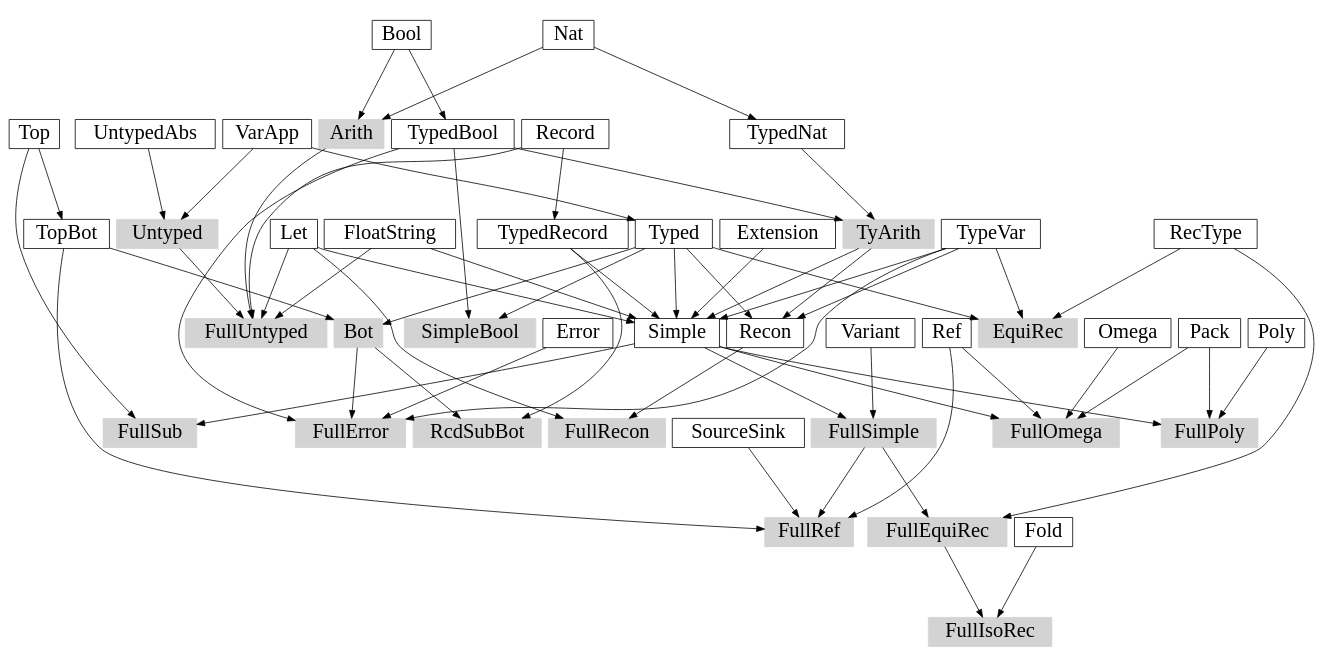
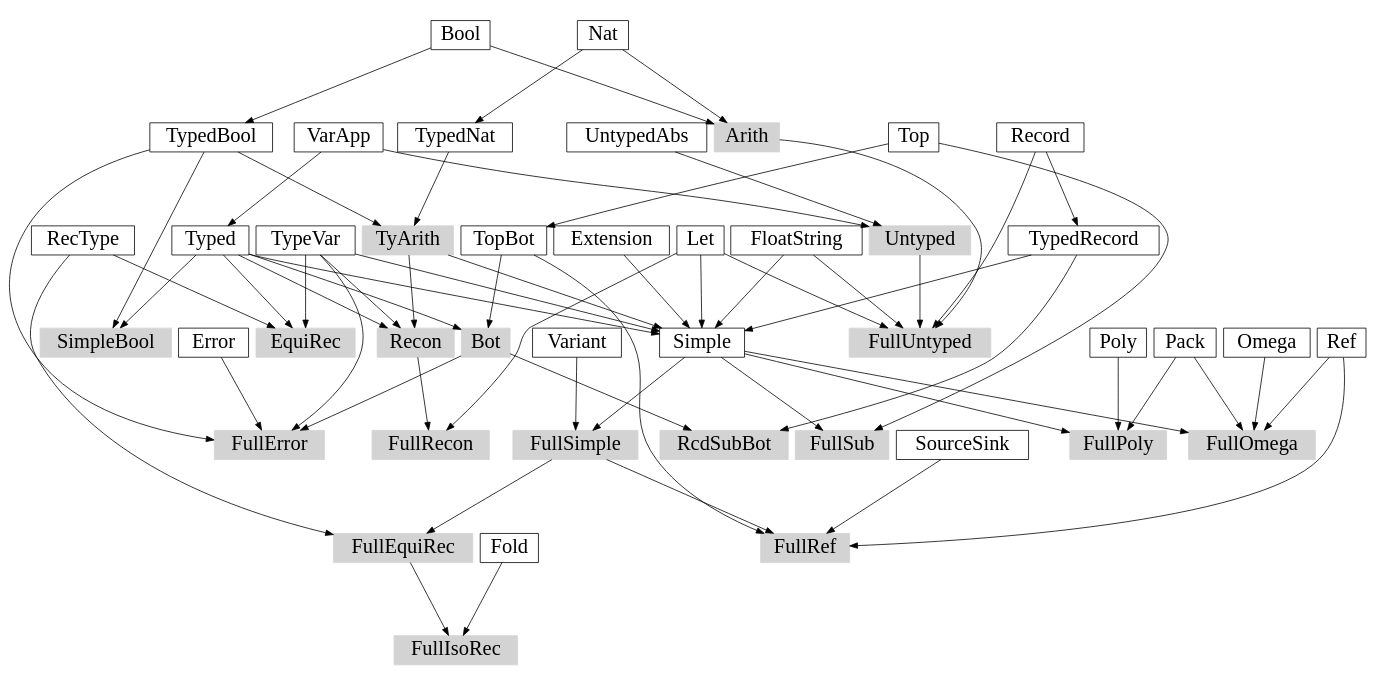
Before and after one commit to hy-zhang/parser: the diagram in paper/depGraph.dot, drawn with Graphviz. The commit also changed 5 other files, not shown here.

```diff
--- a/paper/depGraph.dot
+++ b/paper/depGraph.dot
@@ -1,78 +1,79 @@
 digraph G {
     ratio=0.5;
     //size="7.2,4";
     nodesep=0.12;
     margin=0;
 
     node[fontsize=26, shape=box];
 
     {
         node[style=filled, color=lightgray];
 
         Arith;
         Untyped;
         FullUntyped;
         TyArith;
         SimpleBool;
         FullSimple;
         Bot;
         FullRef;
         FullError;
         RcdSubBot;
         FullSub;
         FullEquiRec;
         FullIsoRec;
         EquiRec;
+        Recon;
         FullRecon;
         FullPoly;
         FullOmega;
     }
 
     Bool, Nat -> Arith;
 
     VarApp, UntypedAbs -> Untyped;
 
     Arith, Untyped, Record, FloatString, Let -> FullUntyped;
 
     Bool -> TypedBool;
 
     Nat -> TypedNat;
 
     TypedBool, TypedNat -> TyArith;
 
     VarApp -> Typed;
 
     Typed, TypedBool -> SimpleBool;
 
     Record -> TypedRecord;
 
     TyArith, Typed, FloatString, Let, TypedRecord, Extension, TypeVar -> Simple;
 
     Simple, Variant -> FullSimple;
 
     Top -> TopBot;
 
     Typed, TopBot -> Bot;
 
     FullSimple, TopBot, Ref, SourceSink -> FullRef;
 
     Bot, TypedBool, Error, TypeVar -> FullError;
 
     Bot, TypedRecord -> RcdSubBot;
 
     Simple, Top -> FullSub;
 
     FullSimple, RecType -> FullEquiRec;
 
     FullEquiRec, Fold -> FullIsoRec;
 
     Typed, RecType, TypeVar -> EquiRec;
 
     Typed, TyArith, TypeVar -> Recon;
 
     Recon, Let -> FullRecon;
 
     Simple, Pack, Poly -> FullPoly;
 
     Simple, Ref, Pack, Omega -> FullOmega;
 }
```
